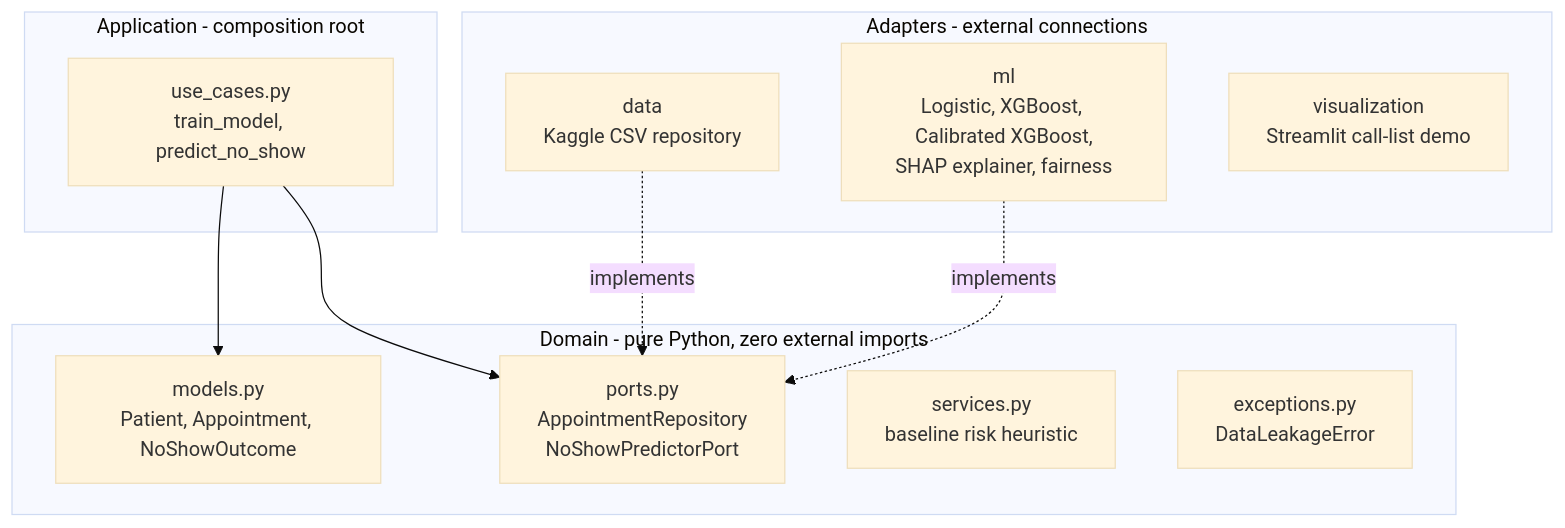
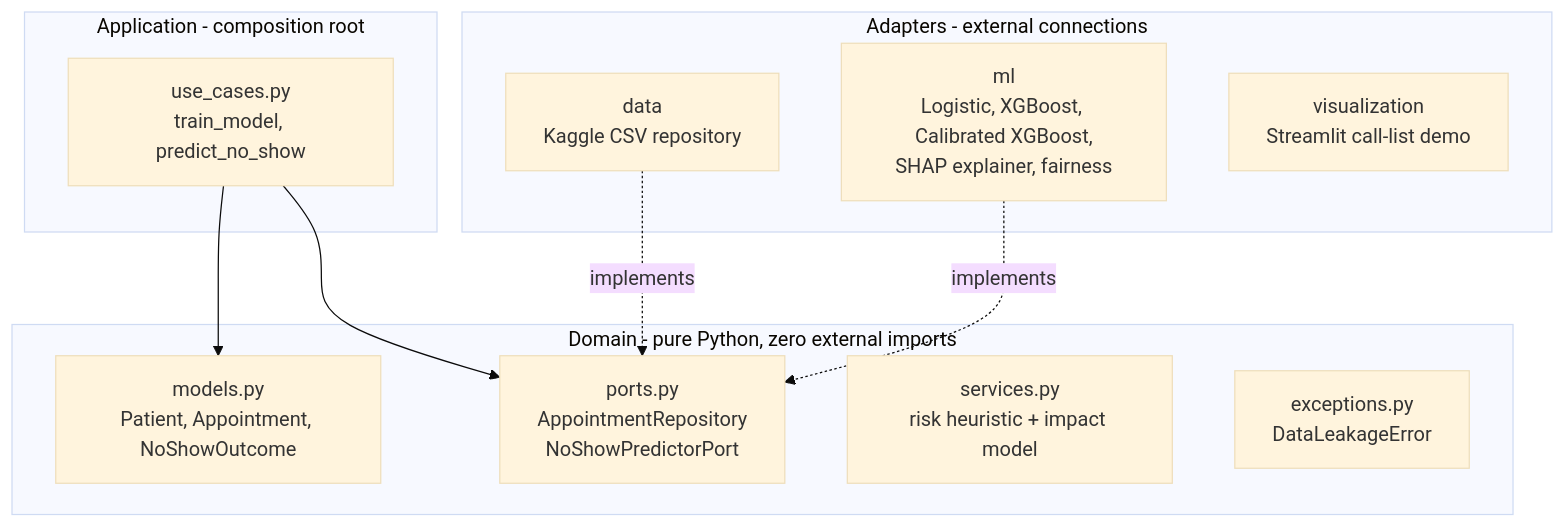
The second of 4 diagrams in README.md (tirthjoship/healthcare-noshow-predictor), drawn with Mermaid (base theme) before and after one commit. The commit also changed other lines of this file and 35 other files, not shown here.

````diff
--- a/README.md
+++ b/README.md
@@ -78,21 +78,21 @@
 ```mermaid
 flowchart TB
     subgraph APP["Application - composition root"]
         UC["use_cases.py<br/>train_model, predict_no_show"]
     end
     subgraph DOMAIN["Domain - pure Python, zero external imports"]
         DM["models.py<br/>Patient, Appointment, NoShowOutcome"]
         DP["ports.py<br/>AppointmentRepository<br/>NoShowPredictorPort"]
-        DS["services.py<br/>baseline risk heuristic"]
+        DS["services.py<br/>risk heuristic + impact model"]
         DE["exceptions.py<br/>DataLeakageError"]
     end
     subgraph ADAPTERS["Adapters - external connections"]
         AD["data<br/>Kaggle CSV repository"]
         AM["ml<br/>Logistic, XGBoost, Calibrated XGBoost,<br/>SHAP explainer, fairness"]
         AV["visualization<br/>Streamlit call-list demo"]
     end
     UC --> DP
     UC --> DM
     AD -. implements .-> DP
     AM -. implements .-> DP
 ```
````
